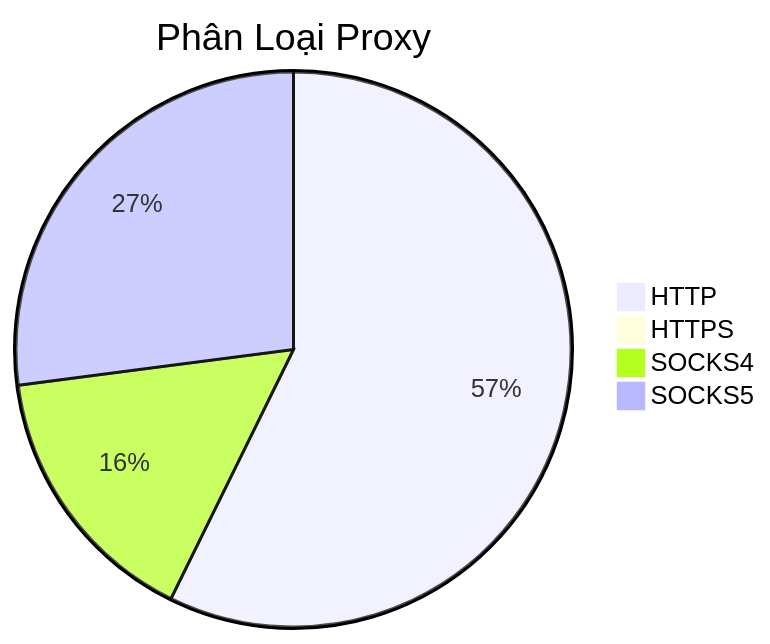
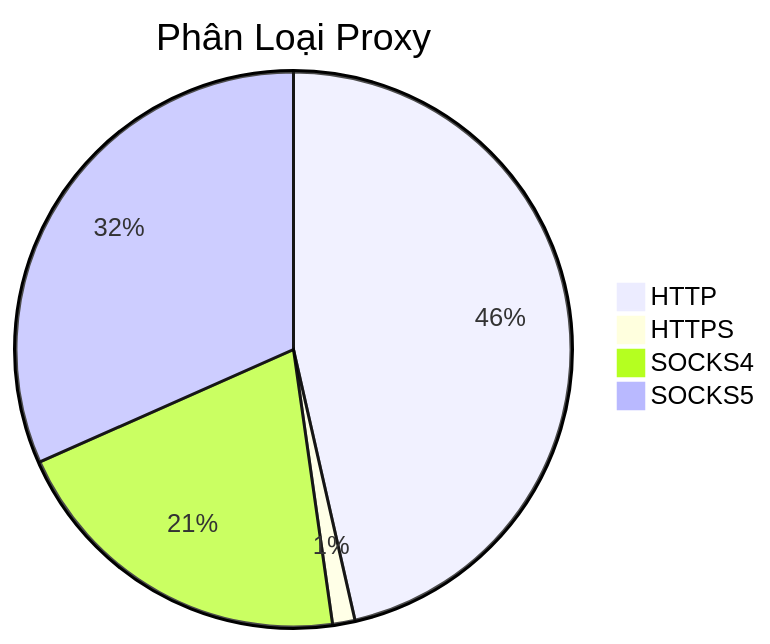
One commit to Ciara-Aa/PROXY-free changed the diagram in README.md. Above: the diagram before and after it, drawn with Mermaid. The commit also changed other lines of this file and 4 other files, not shown here.

````diff
--- a/README.md
+++ b/README.md
@@ -26,7 +26,7 @@
 ```mermaid
 pie title Phân Loại Proxy
-    "HTTP" : 563
+    "HTTP" : 320
     "HTTPS" : 9
-    "SOCKS4" : 154
-    "SOCKS5" : 266
+    "SOCKS4" : 142
+    "SOCKS5" : 218
 ```
````
